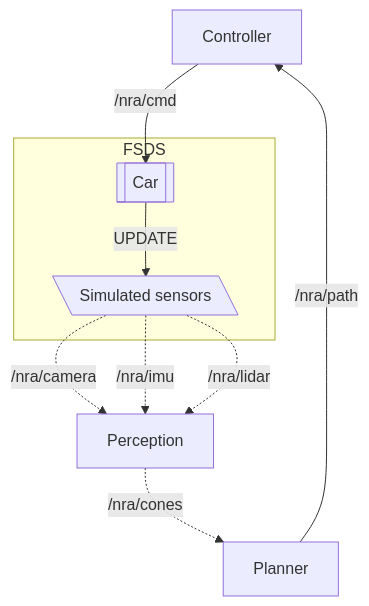
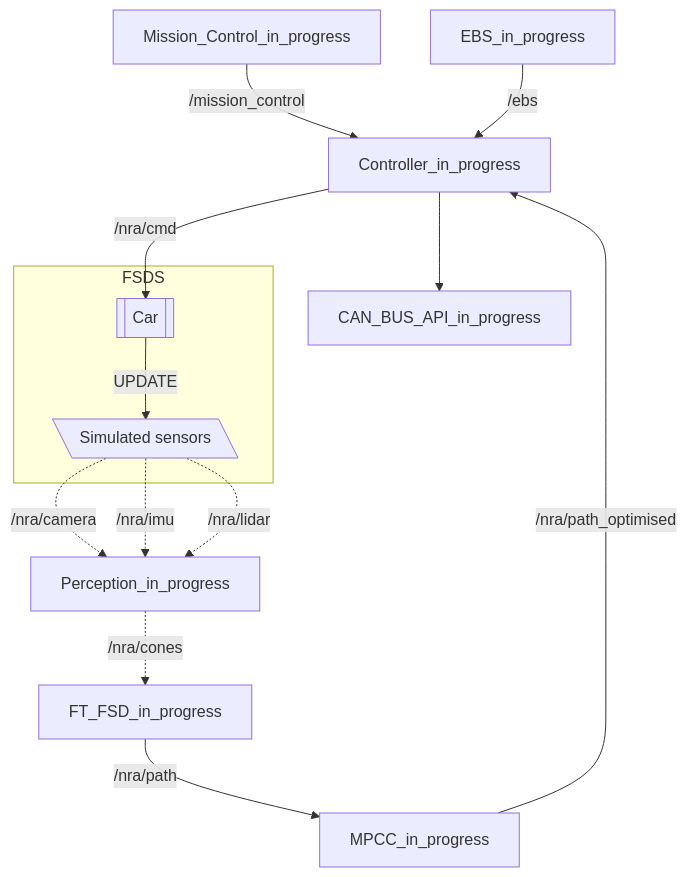
The second of 2 diagrams in README.md (NewcastleRacingAI/eufs_sim), drawn with Mermaid before and after one commit. The commit also changed other lines of this file and 118 other files, not shown here.

Commit message:
Added MPCC and ft_fsd from last years repo, currently incorporating the existing ros setup

````diff
--- a/README.md
+++ b/README.md
@@ -115,20 +116,28 @@
 ```mermaid
 flowchart TD
-    c[Controller]
-    p[Perception]
-    pl[Planner]
+    c[Controller_in_progress]
+    p[Perception_in_progress]
+    pl1[FT_FSD_in_progress]
+    pl2[MPCC_in_progress]
+    can[CAN_BUS_API_in_progress]
+    miss[Mission_Control_in_progress]
+    ebs[EBS_in_progress]
 
     subgraph FSDS
         ss[\Simulated sensors\]
         v[[Car]]
     end
 
     ss -. /nra/camera .-> p
     ss -. /nra/imu .-> p
     ss -. /nra/lidar .-> p
-    p -. /nra/cones .-> pl
-    pl -- /nra/path --> c
+    p -. /nra/cones .-> pl1
+    pl1 -- /nra/path --> pl2
+    pl2 -- /nra/path_optimised --> c
     c -- /nra/cmd --> v
+    c --> can
 
     v -- UPDATE --> ss
+    miss --/mission_control --> c
+    ebs -- /ebs --> c
 ```
````
